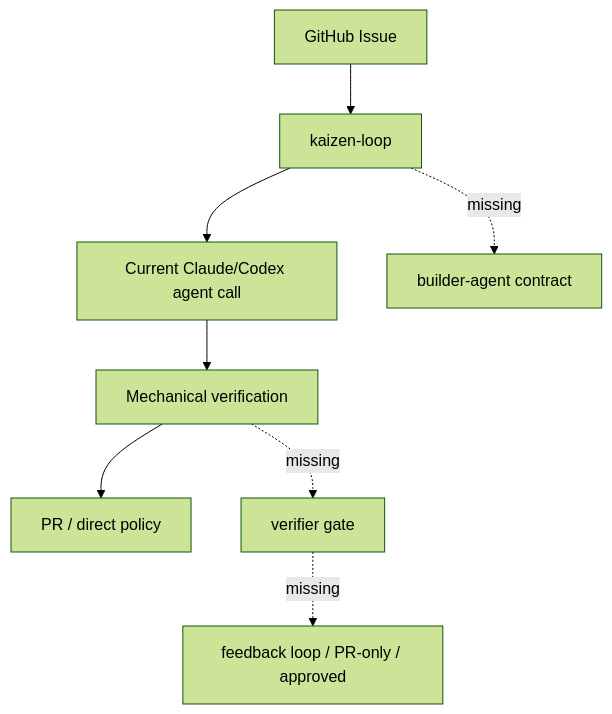
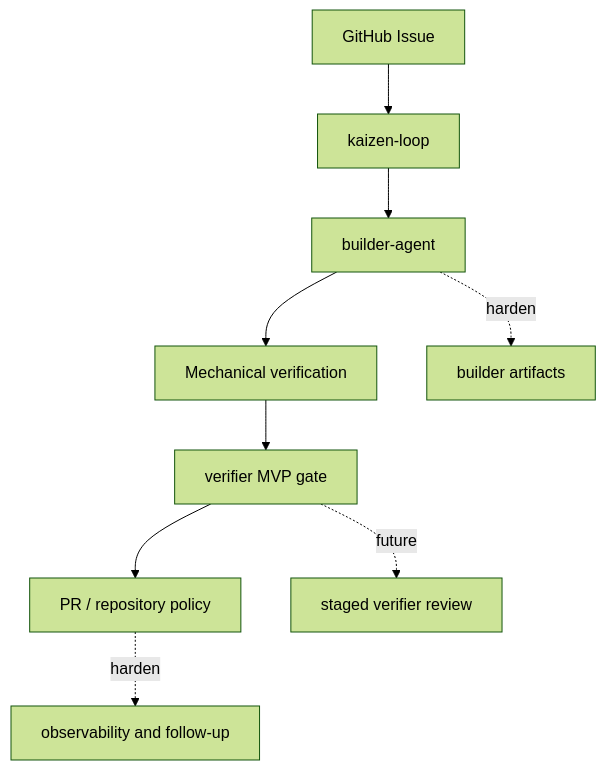
Before and after one commit to kaizen-agents-org/.github: the diagram in docs/implementation-status.md, drawn with Mermaid (forest theme). The commit also changed other lines of this file and 10 other files, not shown here.

````diff
--- a/docs/implementation-status.md
+++ b/docs/implementation-status.md
@@ -91,11 +94,12 @@
 ```mermaid
 flowchart TB
     A["GitHub Issue"] --> B["kaizen-loop"]
-    B --> C["Current Claude/Codex agent call"]
+    B --> C["builder-agent"]
     C --> D["Mechanical verification"]
-    D --> E["PR / direct policy"]
+    D --> E["verifier MVP gate"]
+    E --> F["PR / repository policy"]
 
-    B -. missing .-> F["builder-agent contract"]
-    D -. missing .-> G["verifier gate"]
-    G -. missing .-> H["feedback loop / PR-only / approved"]
+    C -. harden .-> G["builder artifacts"]
+    E -. future .-> H["staged verifier review"]
+    F -. harden .-> I["observability and follow-up"]
 ```
````
